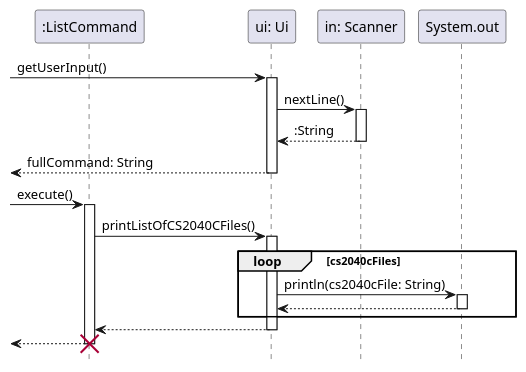
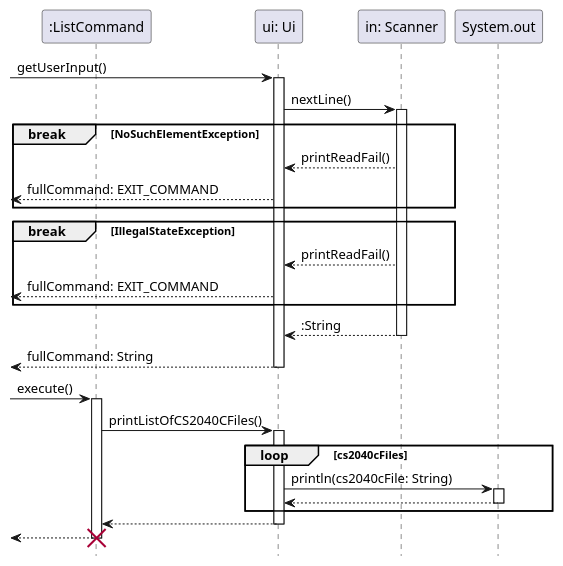
The diagram in docs/sequence-diagrams/source-files/Ui.puml (ong-ck/tp), drawn with PlantUML before and after one commit. The commit also changed 1 other file, not shown here.

Commit message:
Add break for exceptions for step 2 visualisation under Ui section in DG

```diff
--- a/docs/sequence-diagrams/source-files/Ui.puml
+++ b/docs/sequence-diagrams/source-files/Ui.puml
@@ -1,29 +1,40 @@
 @startuml
 hide footbox
 
 participant ":ListCommand" as ListCommand
 participant "ui: Ui" as Ui
 participant "in: Scanner" as Scanner
 participant "System.out" as System
 
 -> Ui: getUserInput()
 activate Ui
     Ui -> Scanner: nextLine()
     activate Scanner
+
+    break NoSuchElementException
+    Ui <-- Scanner : printReadFail()
+    <-- Ui : fullCommand: EXIT_COMMAND
+    end
+
+    break IllegalStateException
+    Ui <-- Scanner : printReadFail()
+    <-- Ui : fullCommand: EXIT_COMMAND
+    end
+
     return :String
 return fullCommand: String
 
 -> ListCommand: execute()
 activate ListCommand
     ListCommand -> Ui: printListOfCS2040CFiles()
     activate Ui
         loop cs2040cFiles
             Ui -> System: println(cs2040cFile: String)
             activate System
             return
         end
     return
 return
 destroy ListCommand
 
 @enduml
```
